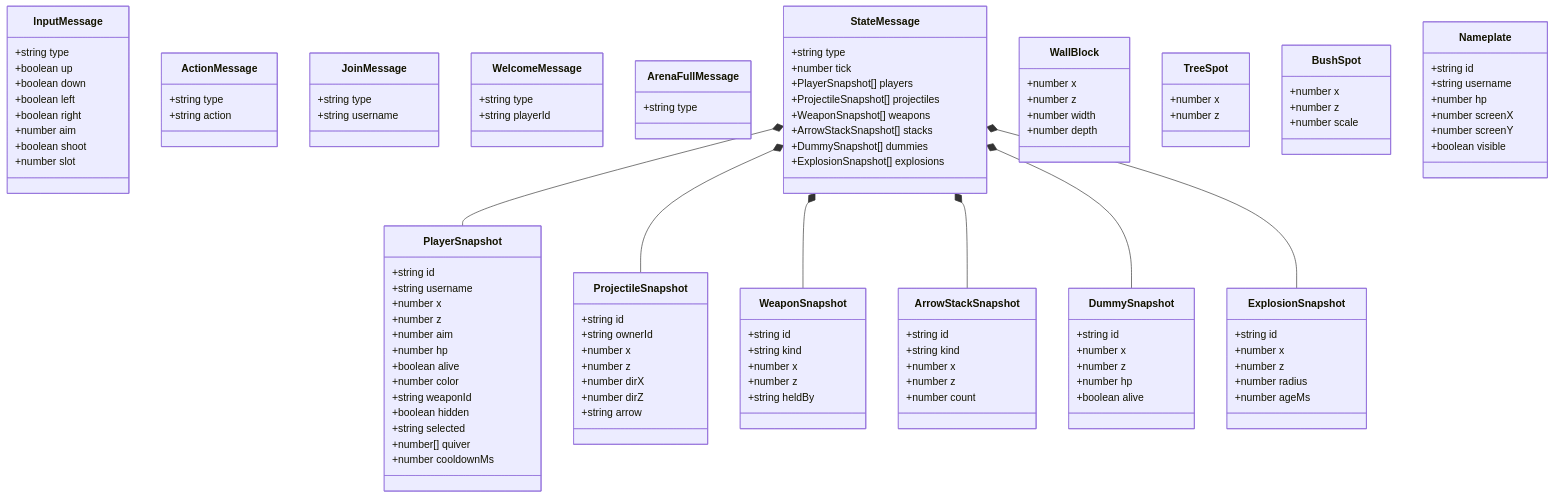
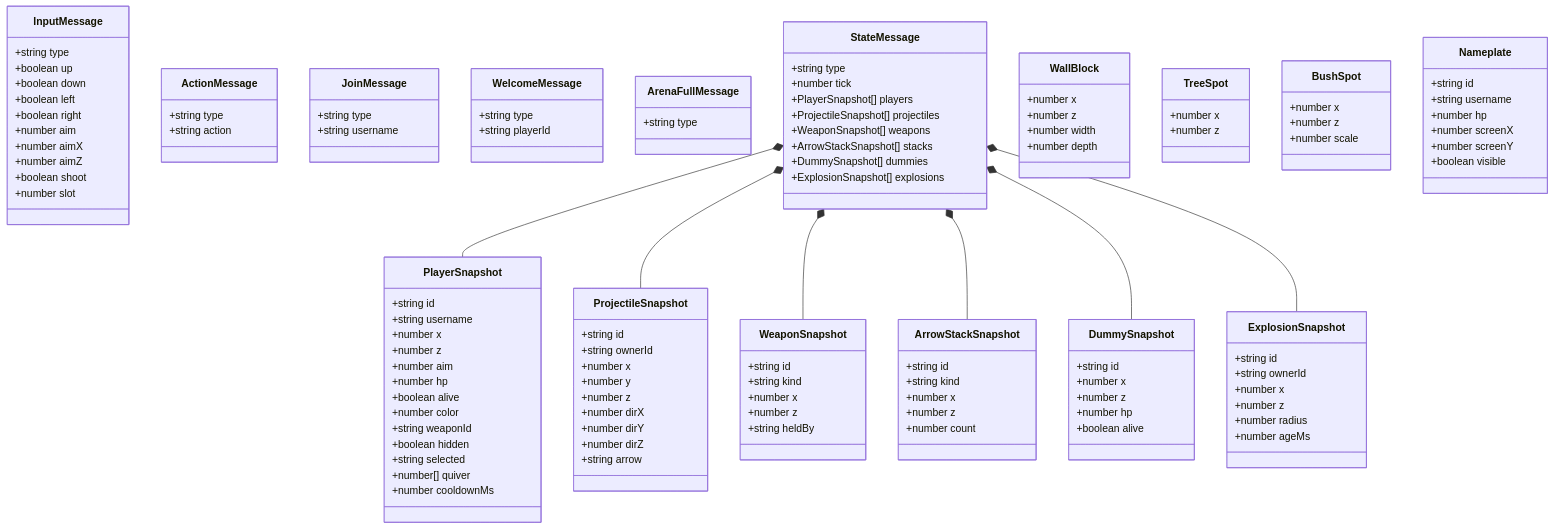
One commit to gabe-crafting/bowcraft changed the fourth of 4 diagrams in docs/class-map.md. Above: the diagram before and after it, drawn with Mermaid. The commit also changed other lines of this file and 21 other files, not shown here.

```diff
--- a/docs/class-map.md
+++ b/docs/class-map.md
@@ -331,6 +343,8 @@
     +boolean left
     +boolean right
     +number aim
+    +number aimX
+    +number aimZ
     +boolean shoot
     +number slot
   }
@@ -368,8 +382,10 @@
     +string id
     +string ownerId
     +number x
+    +number y
     +number z
     +number dirX
+    +number dirY
     +number dirZ
     +string arrow
   }
@@ -389,6 +405,7 @@
   }
   class ExplosionSnapshot {
     +string id
+    +string ownerId
     +number x
     +number z
     +number radius
```
